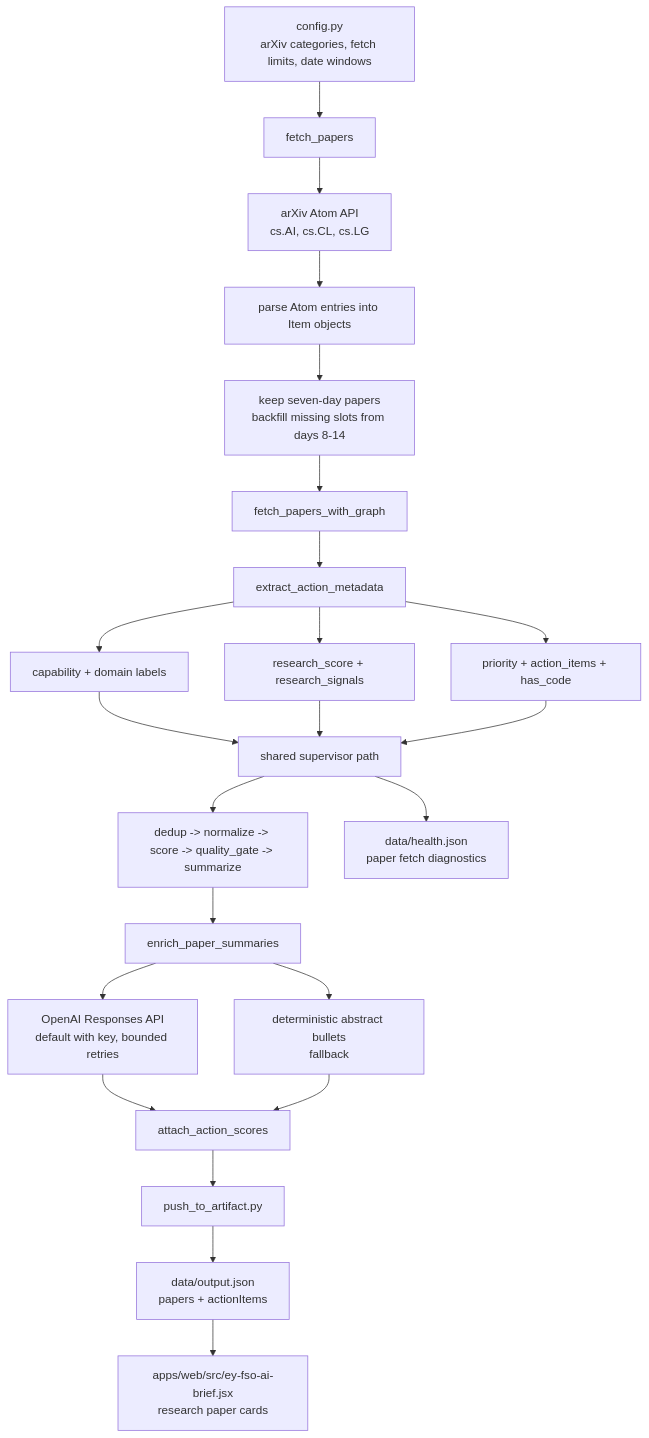
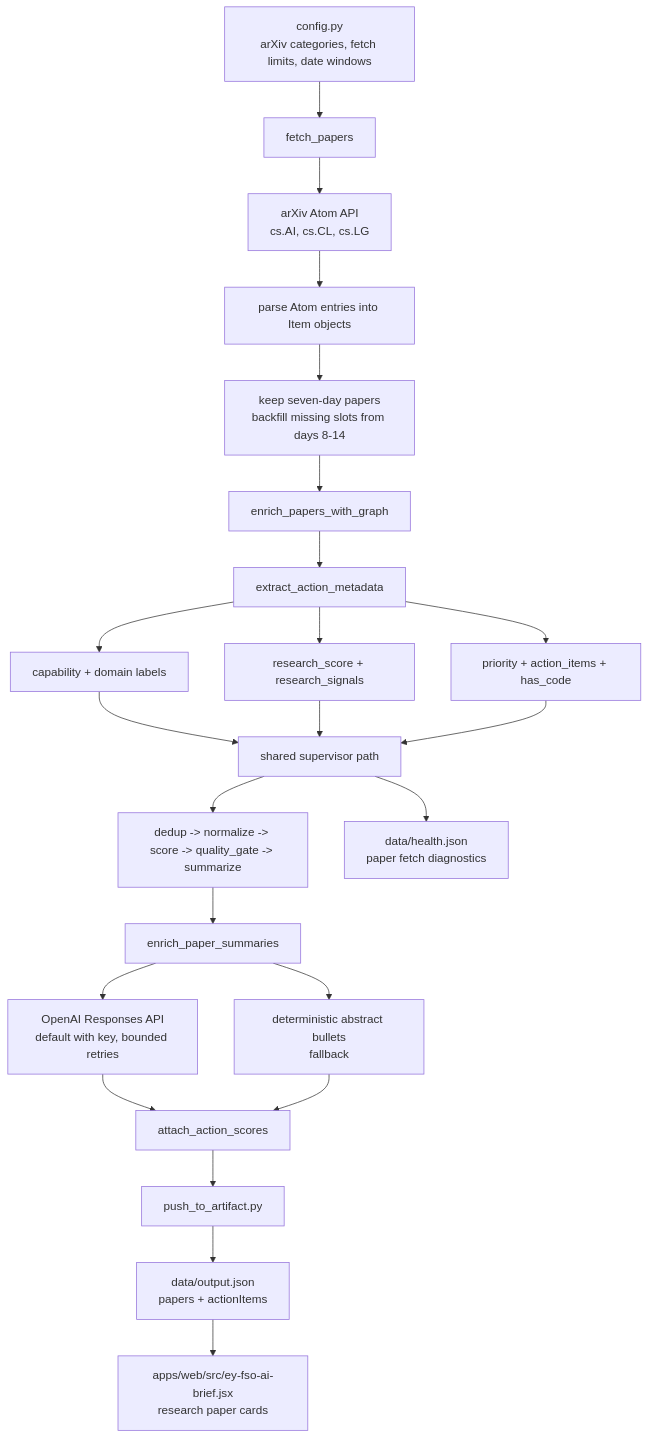
Before and after one commit to AjinkyaPawale1/ai-news-artifact: the second of 4 diagrams in docs/research-paper-agent-architecture.md, drawn with Mermaid. The commit also changed other lines of this file and 19 other files, not shown here.

````diff
--- a/docs/research-paper-agent-architecture.md
+++ b/docs/research-paper-agent-architecture.md
@@ -64,26 +62,26 @@
 ```mermaid
 flowchart TD
     A[config.py<br/>arXiv categories, fetch limits, date windows] --> B[fetch_papers]
     B --> C[arXiv Atom API<br/>cs.AI, cs.CL, cs.LG]
     C --> D[parse Atom entries into Item objects]
     D --> E[keep seven-day papers<br/>backfill missing slots from days 8-14]
-    E --> F[fetch_papers_with_graph]
+    E --> F[enrich_papers_with_graph]
     F --> G[extract_action_metadata]
     G --> H[capability + domain labels]
     G --> I[research_score + research_signals]
     G --> J[priority + action_items + has_code]
 
     H --> K[shared supervisor path]
     I --> K
     J --> K
     K --> L[dedup -> normalize -> score -> quality_gate -> summarize]
     L --> M[enrich_paper_summaries]
     M --> N[OpenAI Responses API<br/>default with key, bounded retries]
     M --> O[deterministic abstract bullets<br/>fallback]
     N --> P[attach_action_scores]
     O --> P
     P --> Q[push_to_artifact.py]
     Q --> R[data/output.json<br/>papers + actionItems]
     K --> S[data/health.json<br/>paper fetch diagnostics]
     R --> T[apps/web/src/ey-fso-ai-brief.jsx<br/>research paper cards]
 ```
````
